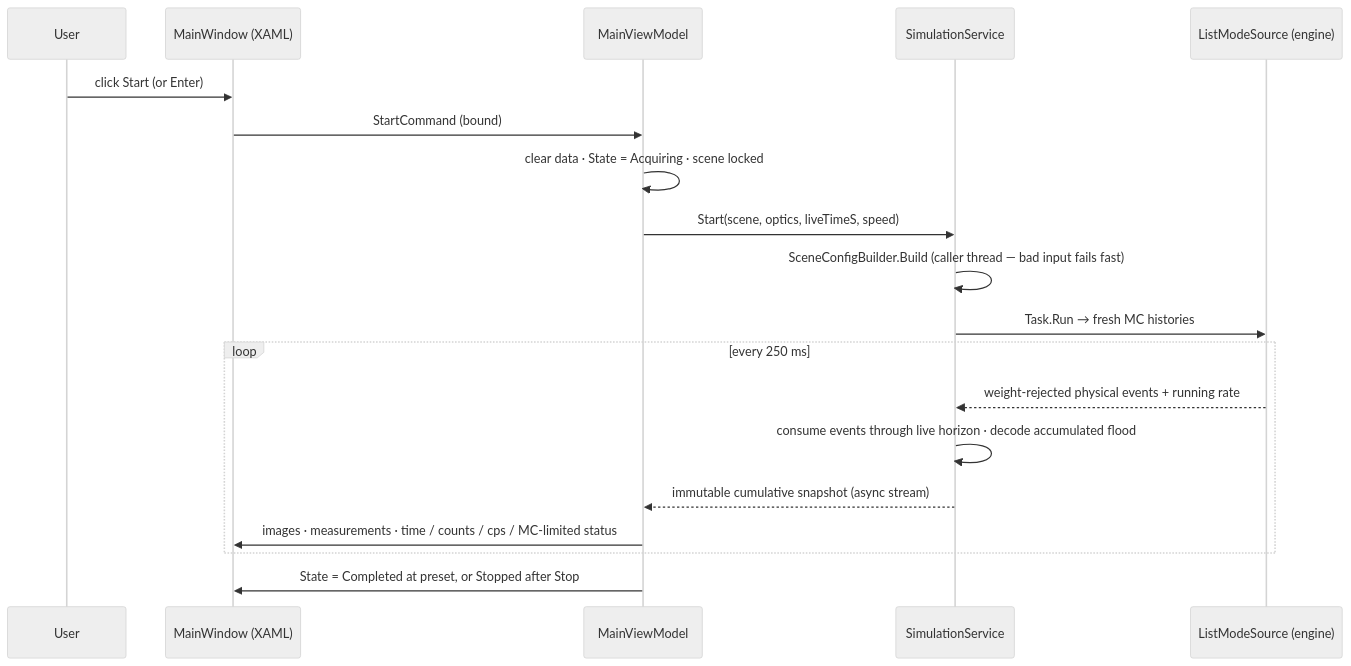
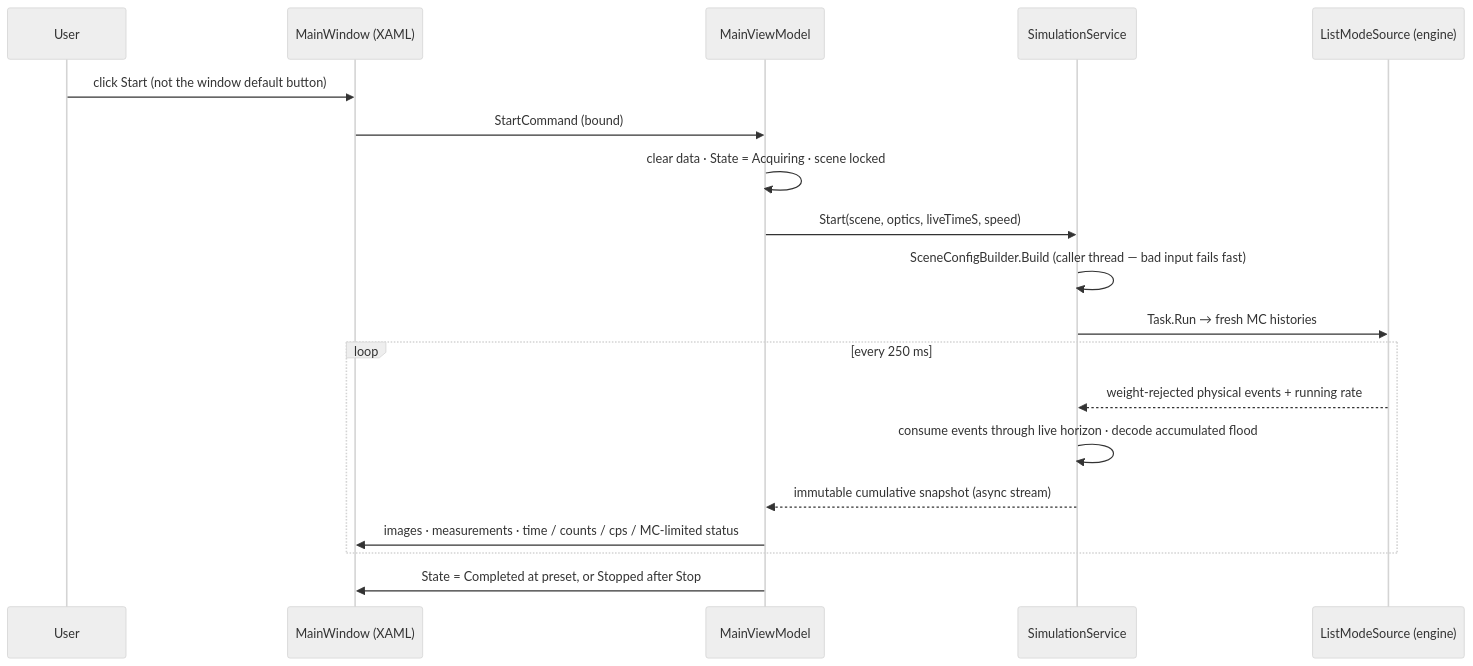
Before and after one commit to Jwlee-IL/G-CAM-Simulator: the second of 2 diagrams in docs/DESIGN.Architecture.md, drawn with Mermaid (neutral theme). The commit also changed other lines of this file and 20 other files, not shown here.

````diff
--- a/docs/DESIGN.Architecture.md
+++ b/docs/DESIGN.Architecture.md
@@ -97,22 +97,22 @@
 ```mermaid
 sequenceDiagram
     participant U as User
     participant V as MainWindow (XAML)
     participant VM as MainViewModel
     participant S as SimulationService
     participant E as ListModeSource (engine)
 
-    U->>V: click Start (or Enter)
+    U->>V: click Start (not the window default button)
     V->>VM: StartCommand (bound)
     VM->>VM: clear data · State = Acquiring · scene locked
     VM->>S: Start(scene, optics, liveTimeS, speed)
     S->>S: SceneConfigBuilder.Build (caller thread — bad input fails fast)
     S->>E: Task.Run → fresh MC histories
     loop every 250 ms
         E-->>S: weight-rejected physical events + running rate
         S->>S: consume events through live horizon · decode accumulated flood
         S-->>VM: immutable cumulative snapshot (async stream)
         VM->>V: images · measurements · time / counts / cps / MC-limited status
     end
     VM->>V: State = Completed at preset, or Stopped after Stop
 ```
````
